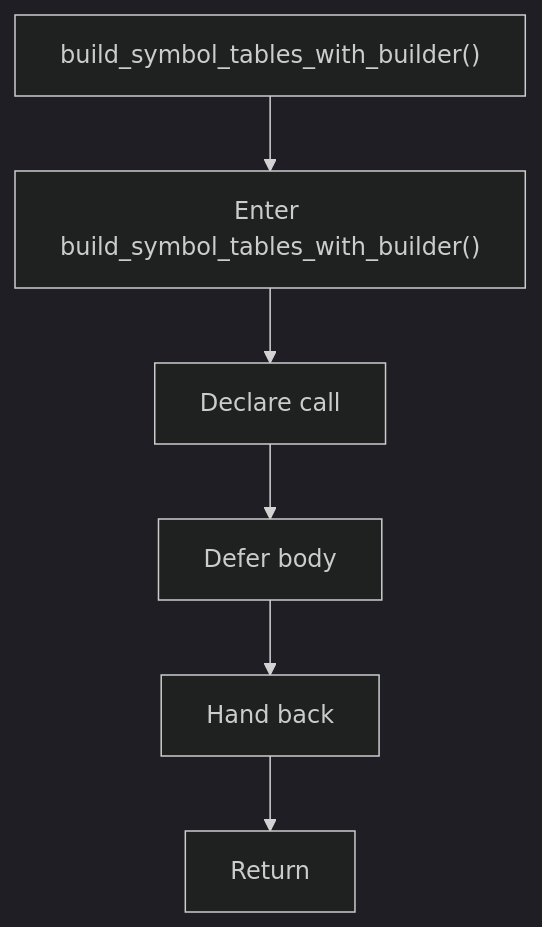
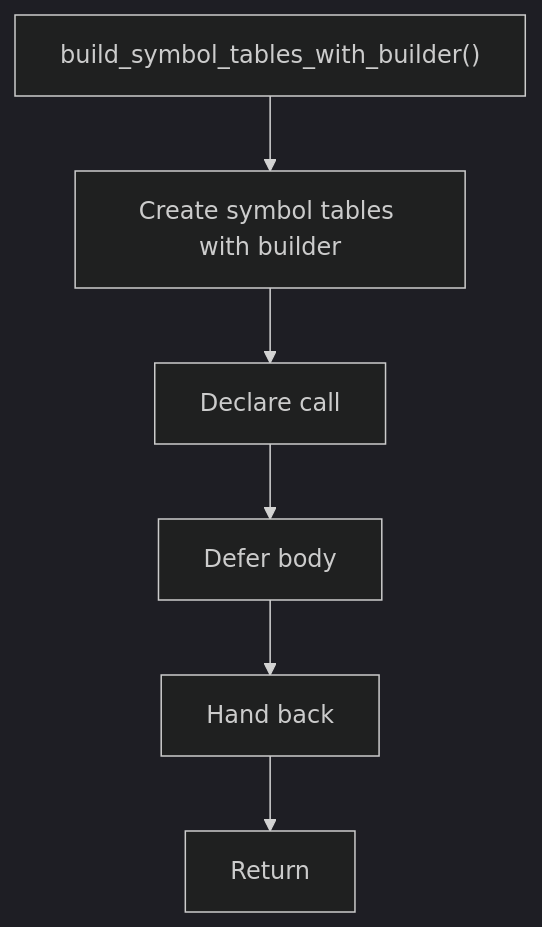
The diagram in docs/Codebase/Microservice/Modules/Header/SyntacticBrokenAST/Analysis/ImplementationUse/Resolution/Symbols/Internal/Flow/functions/build_symbol_tables_with_builder.hpp.md (JohnAndrewBalbarosa/NeoTerritory), drawn with Mermaid (dark theme) before and after one commit. The commit also changed other lines of this file and 925 other files, not shown here.

````diff
--- a/docs/Codebase/Microservice/Modules/Header/SyntacticBrokenAST/Analysis/ImplementationUse/Resolution/Symbols/Internal/Flow/functions/build_symbol_tables_with_builder.hpp.md
+++ b/docs/Codebase/Microservice/Modules/Header/SyntacticBrokenAST/Analysis/ImplementationUse/Resolution/Symbols/Internal/Flow/functions/build_symbol_tables_with_builder.hpp.md
@@ -16,14 +16,14 @@
 ```mermaid
 flowchart TD
     Start["build_symbol_tables_with_builder()"]
-    N0["Enter build_symbol_tables_with_builder()"]
+    N0["Create symbol tables with builder"]
     N1["Declare call"]
     N2["Defer body"]
     N3["Hand back"]
     End["Return"]
     Start --> N0
     N0 --> N1
     N1 --> N2
     N2 --> N3
     N3 --> End
 ```
````
